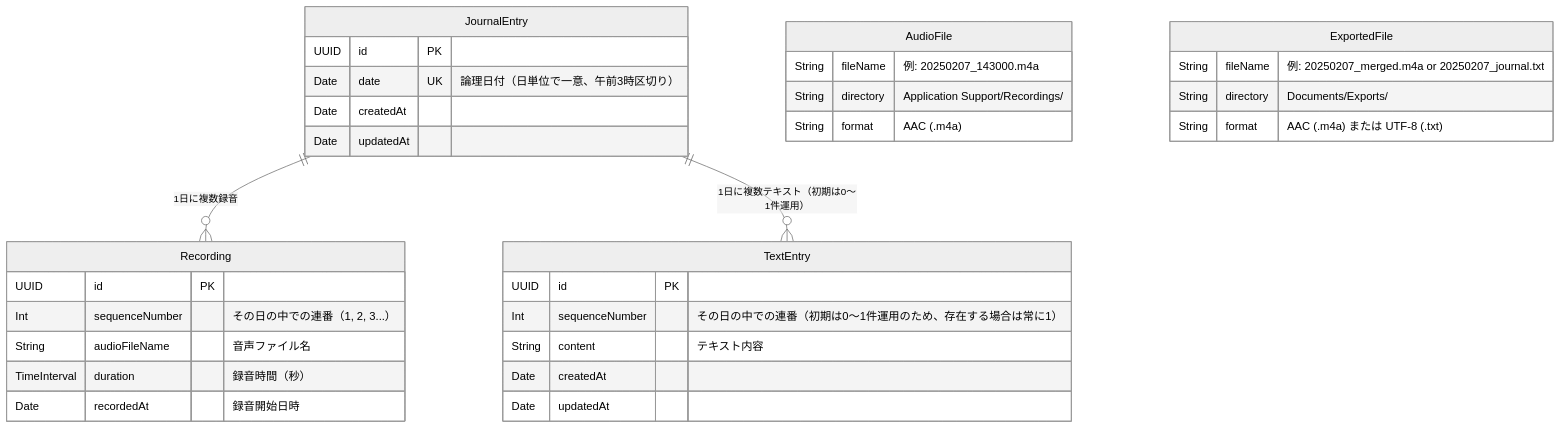
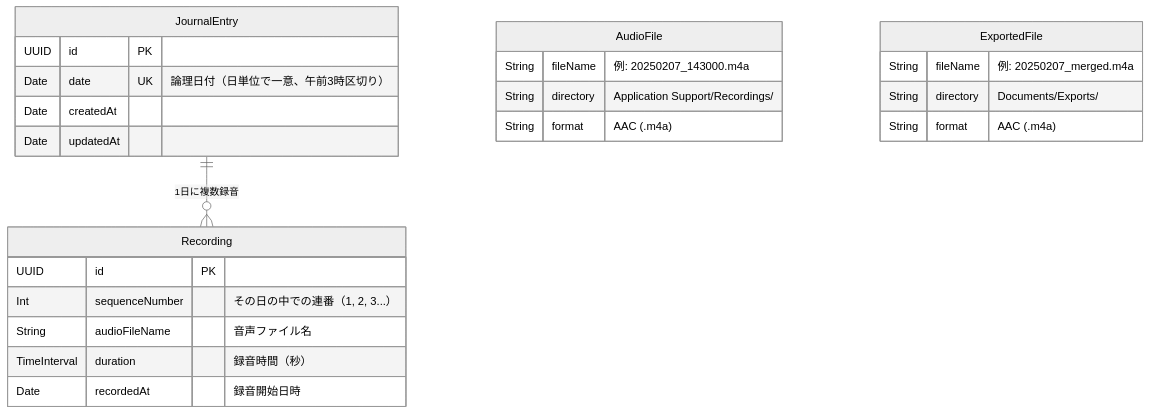
The diagram in docs/design-prompt.md (sy-hash/mind-echo), drawn with Mermaid (neutral theme) before and after one commit. The commit also changed other lines of this file and 22 other files, not shown here.

First line of the commit message:
Remove text entry feature - audio-only journaling (#28)

````diff
--- a/docs/design-prompt.md
+++ b/docs/design-prompt.md
@@ -81,40 +81,31 @@
 ```mermaid
 erDiagram
     JournalEntry {
         UUID id PK
         Date date UK "論理日付（日単位で一意、午前3時区切り）"
         Date createdAt
         Date updatedAt
     }
 
     Recording {
         UUID id PK
         Int sequenceNumber "その日の中での連番（1, 2, 3...）"
         String audioFileName "音声ファイル名"
         TimeInterval duration "録音時間（秒）"
         Date recordedAt "録音開始日時"
     }
 
-    TextEntry {
-        UUID id PK
-        Int sequenceNumber "その日の中での連番（初期は0〜1件運用のため、存在する場合は常に1）"
-        String content "テキスト内容"
-        Date createdAt
-        Date updatedAt
-    }
-
     JournalEntry ||--o{ Recording : "1日に複数録音"
-    JournalEntry ||--o{ TextEntry : "1日に複数テキスト（初期は0〜1件運用）"
 
     AudioFile {
         String fileName "例: 20250207_143000.m4a"
         String directory "Application Support/Recordings/"
         String format "AAC (.m4a)"
     }
 
     ExportedFile {
-        String fileName "例: 20250207_merged.m4a or 20250207_journal.txt"
+        String fileName "例: 20250207_merged.m4a"
         String directory "Documents/Exports/"
-        String format "AAC (.m4a) または UTF-8 (.txt)"
+        String format "AAC (.m4a)"
     }
 ```
````
